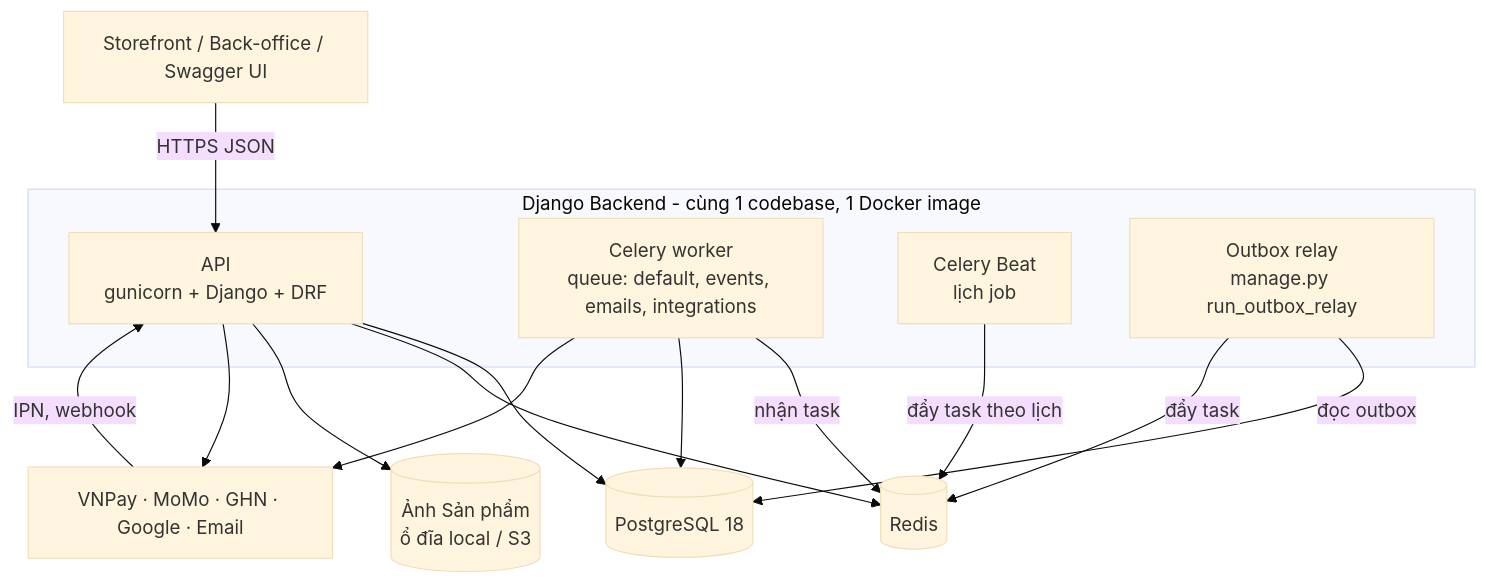
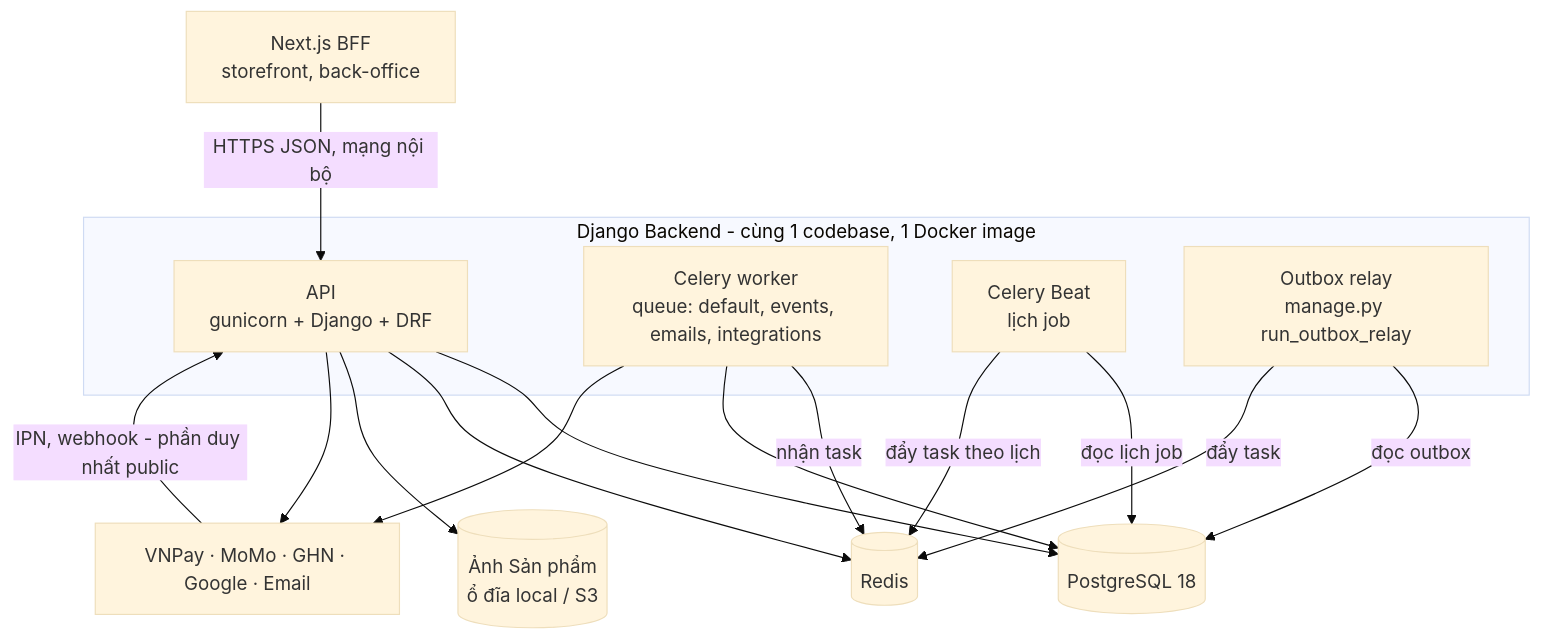
Before and after one commit to LuongCongThanh/boilerplate-ecommerce-next-16: the second of 4 diagrams in docs/architecture/01-system-context.md, drawn with Mermaid (base theme). The commit also changed other lines of this file and 21 other files, not shown here.

First line of the commit message:
docs: resolve architecture review findings

````diff
--- a/docs/architecture/01-system-context.md
+++ b/docs/architecture/01-system-context.md
@@ -49,29 +51,30 @@
 ```mermaid
 graph TB
-    client[Storefront / Back-office / Swagger UI]
+    client[Next.js BFF<br/>storefront, back-office]
 
     subgraph backend [Django Backend - cùng 1 codebase, 1 Docker image]
         api[API<br/>gunicorn + Django + DRF]
         worker[Celery worker<br/>queue: default, events, emails, integrations]
         beat[Celery Beat<br/>lịch job]
         relay[Outbox relay<br/>manage.py run_outbox_relay]
     end
 
     pg[(PostgreSQL 18)]
     redis[(Redis)]
     files[(Ảnh Sản phẩm<br/>ổ đĩa local / S3)]
     ext[VNPay · MoMo · GHN · Google · Email]
 
-    client -->|HTTPS JSON| api
-    ext -->|IPN, webhook| api
+    client -->|HTTPS JSON, mạng nội bộ| api
+    ext -->|IPN, webhook - phần duy nhất public| api
     api --> pg
     api --> redis
     api --> files
     api --> ext
     relay -->|đọc outbox| pg
     relay -->|đẩy task| redis
+    beat -->|đọc lịch job| pg
     beat -->|đẩy task theo lịch| redis
     worker -->|nhận task| redis
     worker --> pg
     worker --> ext
 ```
````
